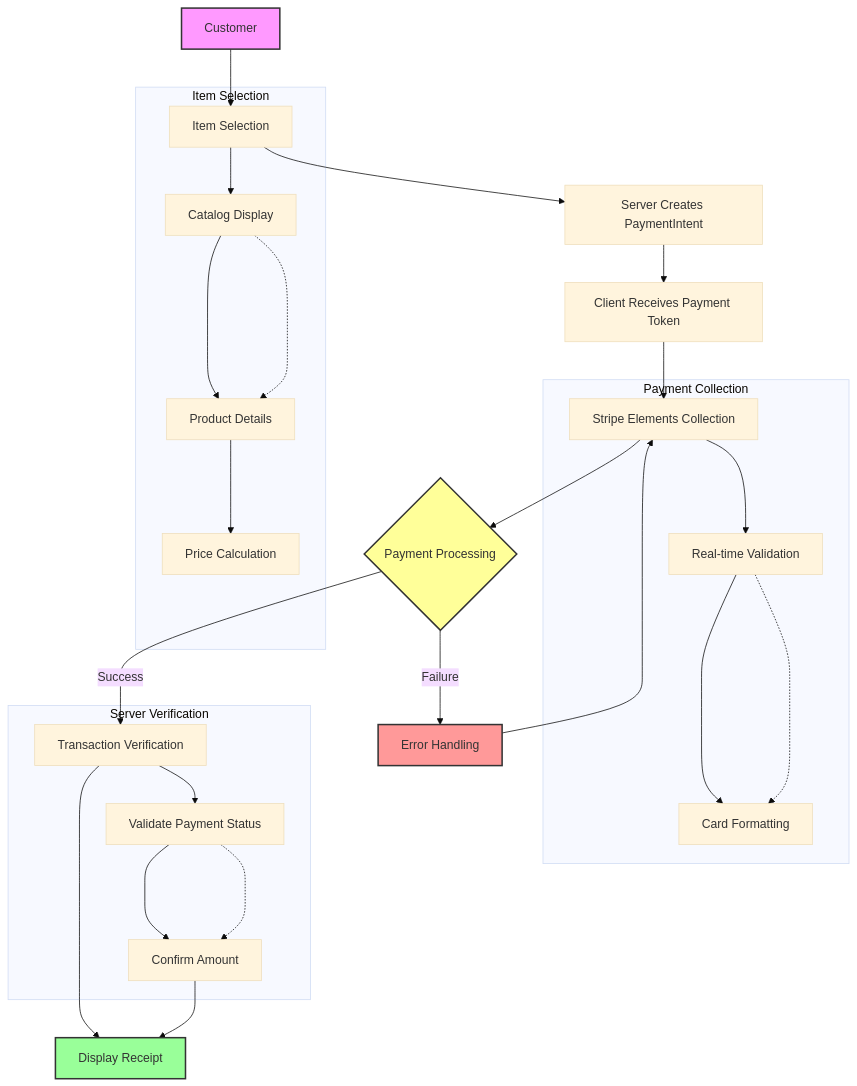
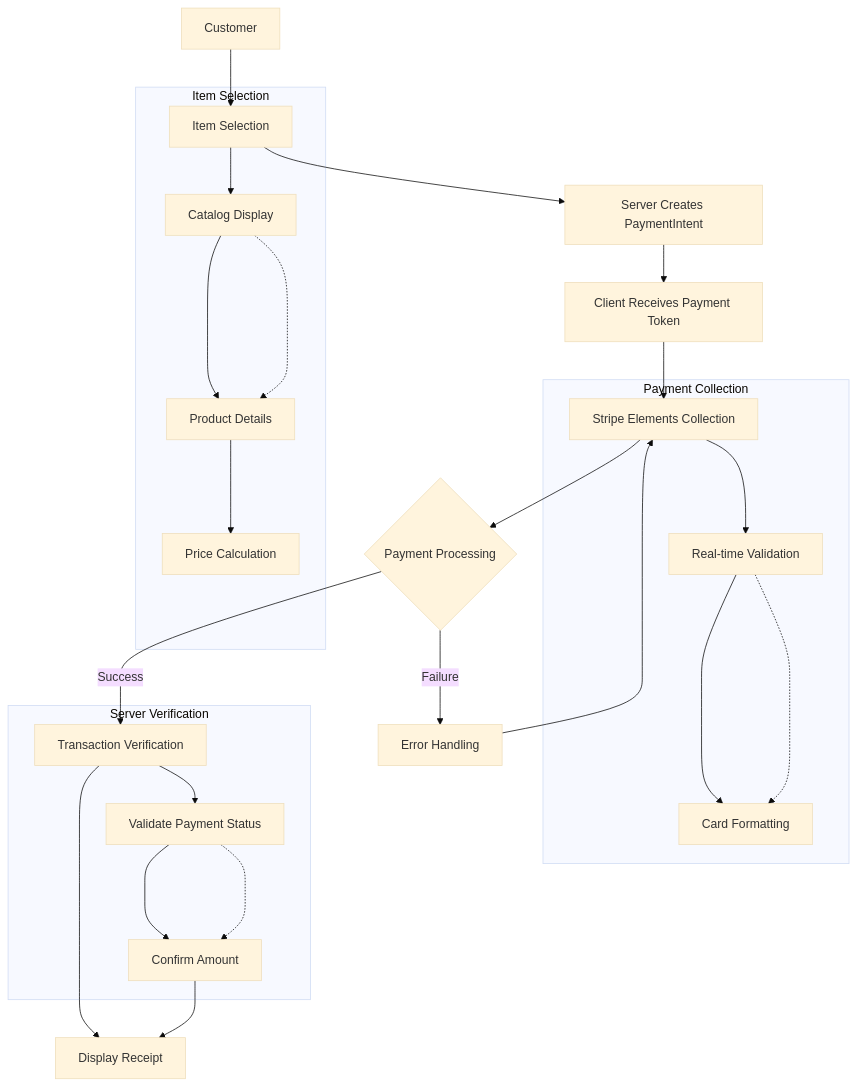
The diagram in README.md (therealkevops/sa-thp-solution), drawn with Mermaid (base theme) before and after one commit.

Commit message:
minor edits

````diff
--- a/README.md
+++ b/README.md
@@ -65,41 +65,37 @@
 ```mermaid
 flowchart TB
     A[Customer] --> B[Item Selection]
     B --> C[Server Creates PaymentIntent]
     C --> D[Client Receives Payment Token]
     D --> E[Stripe Elements Collection]
     E --> F{Payment Processing}
     F -->|Success| G[Transaction Verification]
     G --> H[Display Receipt]
     F -->|Failure| I[Error Handling]
     I --> E
     
     subgraph "Item Selection"
     B --> B1[Catalog Display]
     B1 --> B2[Product Details]
     B2 --> B3[Price Calculation]
     end
     
     subgraph "Payment Collection"
     E --> E1[Real-time Validation]
     E1 --> E2[Card Formatting]
     end
     
     subgraph "Server Verification"
     G --> G1[Validate Payment Status]
     G1 --> G2[Confirm Amount]
     end
     
     G2 --> H[Display Receipt]
 
     %% Positioning hints
     B1 -..-> B2
     E1 -..-> E2
     G1 -..-> G2
     
-    %% Styling
-    style A fill:#f9f,stroke:#333,stroke-width:2px
-    style F fill:#ff9,stroke:#333,stroke-width:2px
-    style H fill:#9f9,stroke:#333,stroke-width:2px
-    style I fill:#f99,stroke:#333,stroke-width:2px
+
 ```
````
